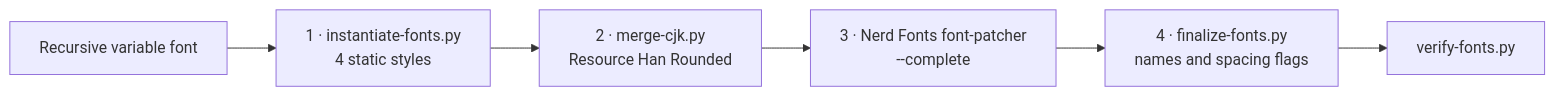
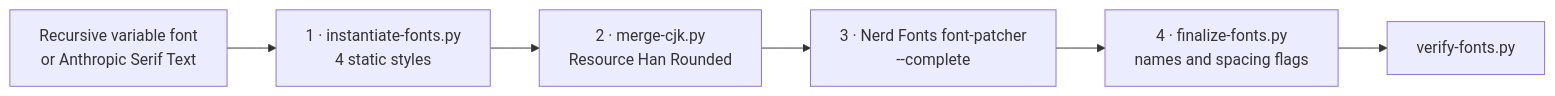
The diagram in wiki/Build-Pipeline.md (D0n9X1n/m-fonts), drawn with Mermaid before and after one commit. The commit also changed other lines of this file and 44 other files, not shown here.

````diff
--- a/wiki/Build-Pipeline.md
+++ b/wiki/Build-Pipeline.md
@@ -9,8 +9,8 @@
 ```mermaid
 flowchart LR
-    vf["Recursive variable font"] --> s1["1 · instantiate-fonts.py<br/>4 static styles"]
+    vf["Recursive variable font<br/>or Anthropic Serif Text"] --> s1["1 · instantiate-fonts.py<br/>4 static styles"]
     s1 --> s2["2 · merge-cjk.py<br/>Resource Han Rounded"]
     s2 --> s3["3 · Nerd Fonts font-patcher<br/>--complete"]
     s3 --> s4["4 · finalize-fonts.py<br/>names and spacing flags"]
     s4 --> v["verify-fonts.py"]
 ```
````
